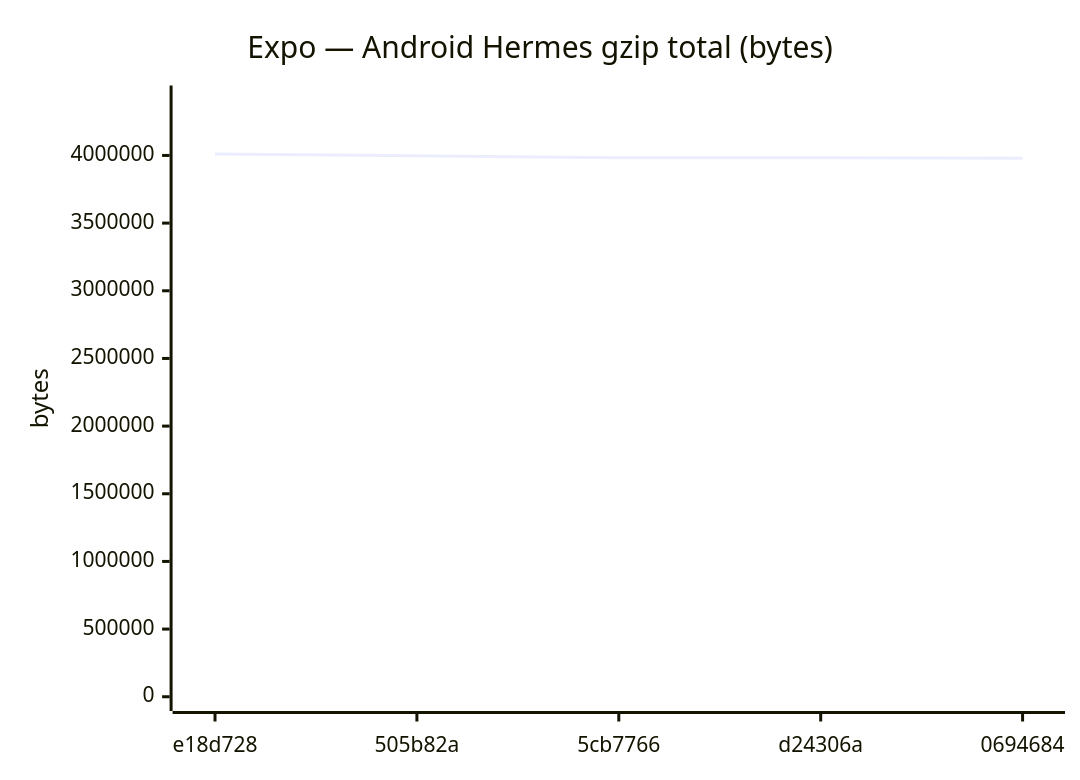
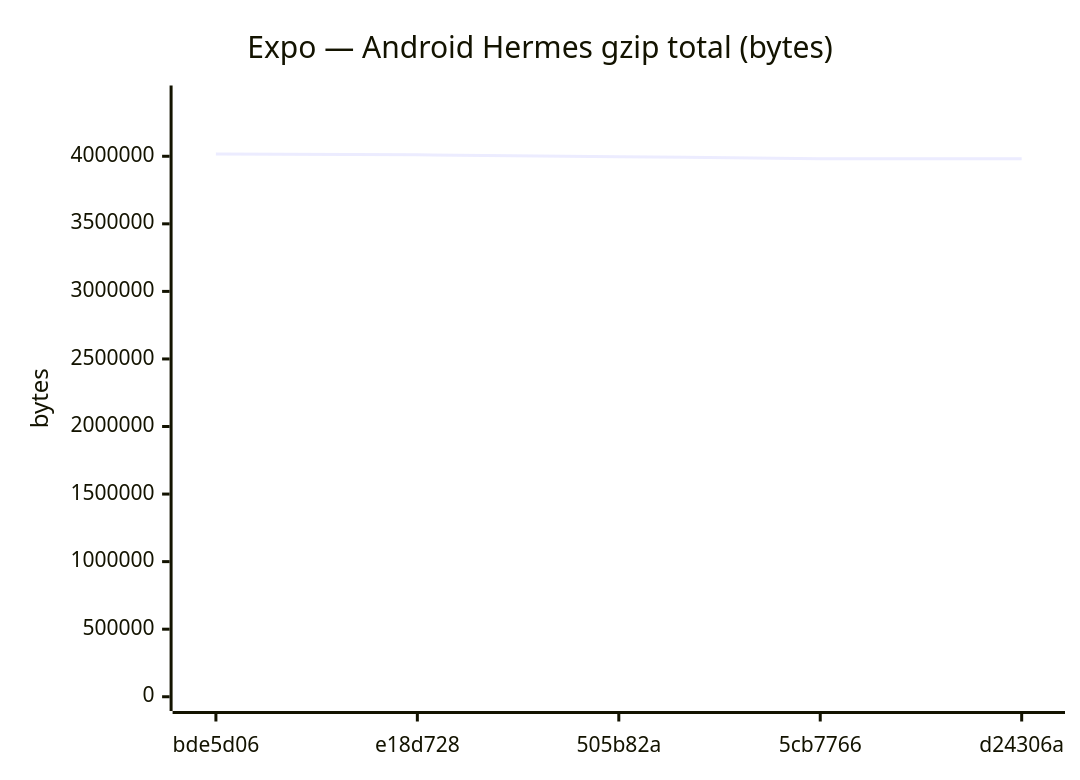
Diagram 11 of 18 in benchmarks/compare.md (Metaheurist/Rianell), drawn with Mermaid before and after one commit. The commit also changed other lines of this file and 11 other files, not shown here.

````diff
--- a/benchmarks/compare.md
+++ b/benchmarks/compare.md
@@ -172,7 +172,7 @@
 ```mermaid
 xychart-beta
     title "Expo — Android Hermes gzip total (bytes)"
-    x-axis ["e18d728", "505b82a", "5cb7766", "d24306a", "0694684"]
-    y-axis "bytes" 0 --> 4411622
-    line [4010565, 3997221, 3982594, 3982590, 3979178]
+    x-axis ["bde5d06", "e18d728", "505b82a", "5cb7766", "d24306a"]
+    y-axis "bytes" 0 --> 4418328
+    line [4016661, 4010565, 3997221, 3982594, 3982590]
 ```
````
